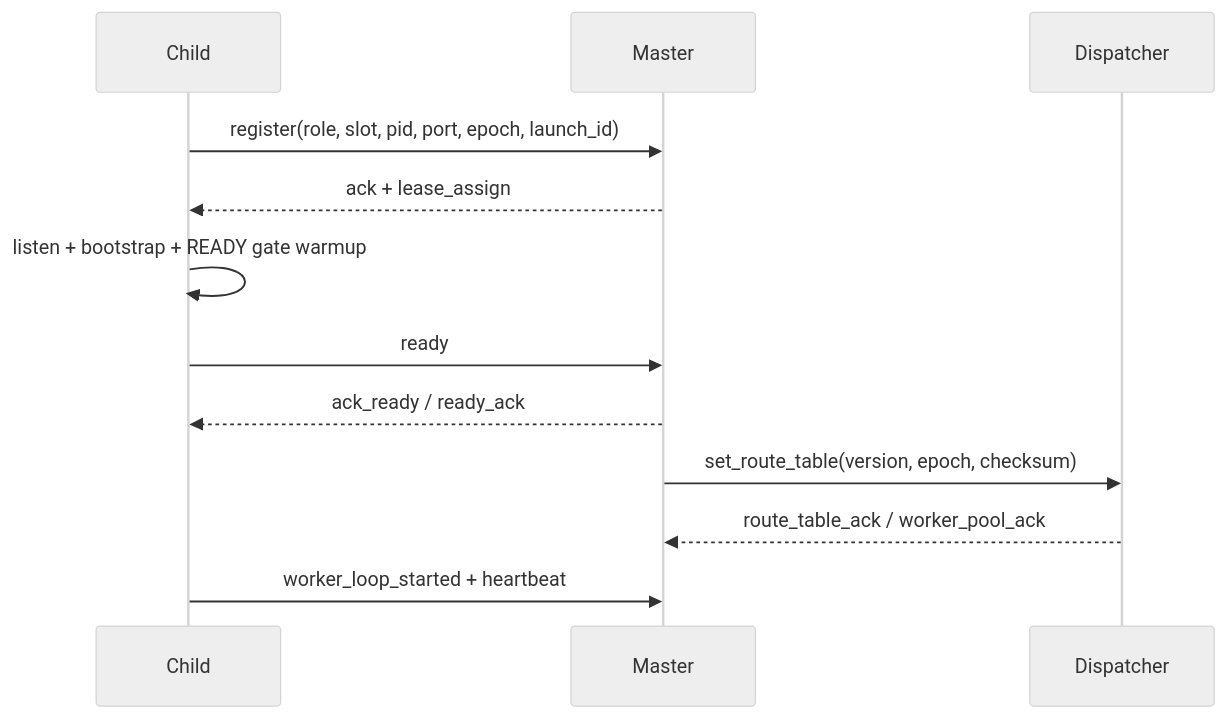
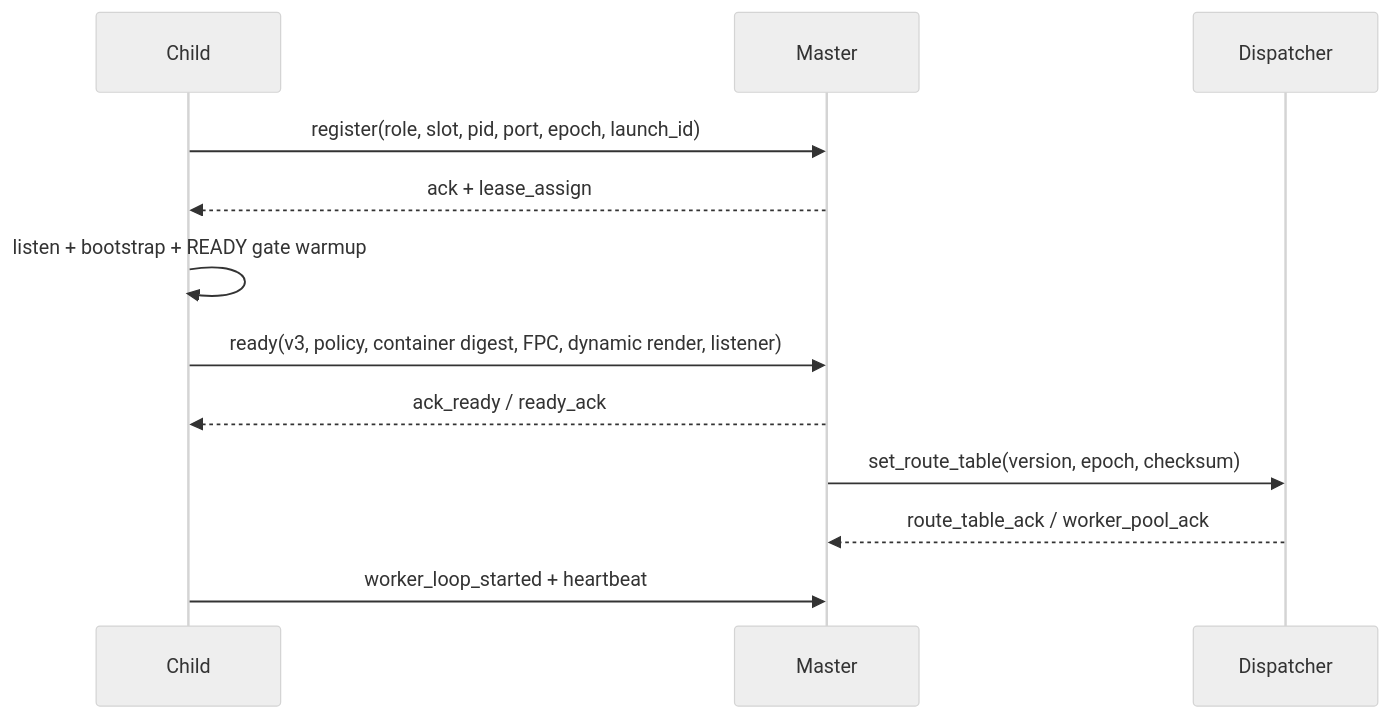
Before and after one commit to Aiweline/WelineFramework: the second of 3 diagrams in app/code/Weline/Server/doc/IPC控制通道架构.md, drawn with Mermaid (neutral theme). The commit also changed other lines of this file and 1926 other files, not shown here.

Commit message:
feat: implement WelineFramework 2.0 runtime architecture

````diff
--- a/app/code/Weline/Server/doc/IPC控制通道架构.md
+++ b/app/code/Weline/Server/doc/IPC控制通道架构.md
@@ -34,15 +45,15 @@
 ```mermaid
 sequenceDiagram
   participant C as Child
   participant M as Master
   participant D as Dispatcher
 
   C->>M: register(role, slot, pid, port, epoch, launch_id)
   M-->>C: ack + lease_assign
   C->>C: listen + bootstrap + READY gate warmup
-  C->>M: ready
+  C->>M: ready(v3, policy, container digest, FPC, dynamic render, listener)
   M-->>C: ack_ready / ready_ack
   M->>D: set_route_table(version, epoch, checksum)
   D-->>M: route_table_ack / worker_pool_ack
   C->>M: worker_loop_started + heartbeat
 ```
````
